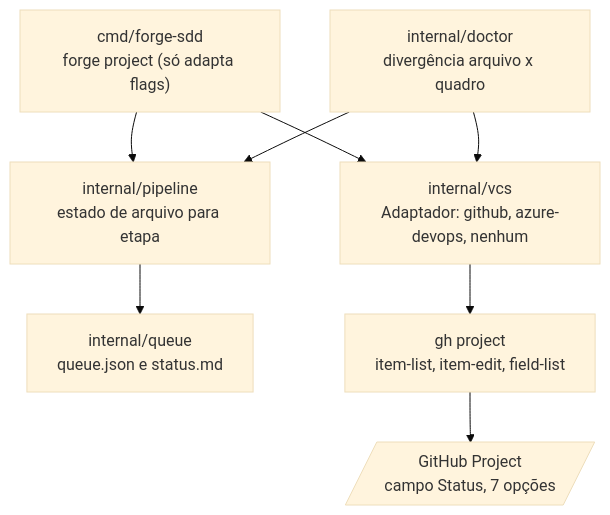
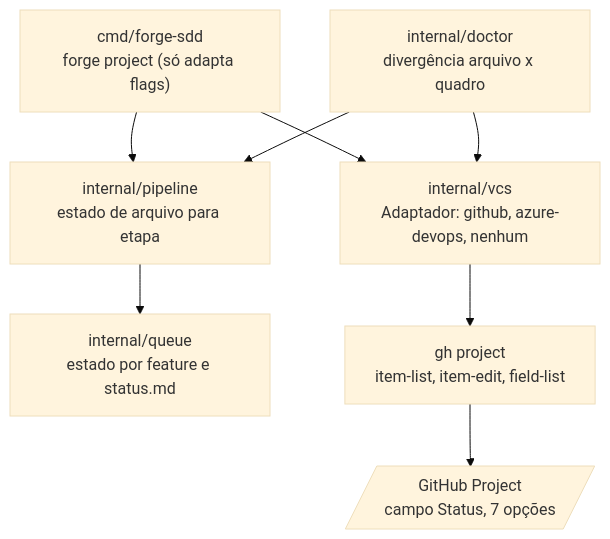
Before and after one commit to nathanramorim/forge-sdd: the diagram in sdd/discovery/108-project-github-espelho-do-ciclo/diagramas/conteineres.mmd, drawn with Mermaid (base theme). The commit also changed 10 other files, not shown here.

First line of the commit message:
docs(108): fecho completo de dependências, estado por feature e PR único da Constituição

```diff
--- a/sdd/discovery/108-project-github-espelho-do-ciclo/diagramas/conteineres.mmd
+++ b/sdd/discovery/108-project-github-espelho-do-ciclo/diagramas/conteineres.mmd
@@ -1,15 +1,15 @@
 flowchart TB
   cli["cmd/forge-sdd<br/>forge project (só adapta flags)"]
   mapa["internal/pipeline<br/>estado de arquivo para etapa"]
   vcs["internal/vcs<br/>Adaptador: github, azure-devops, nenhum"]
-  fila["internal/queue<br/>queue.json e status.md"]
+  fila["internal/queue<br/>estado por feature e status.md"]
   doc["internal/doctor<br/>divergência arquivo x quadro"]
   ghcli["gh project<br/>item-list, item-edit, field-list"]
   quadro[/"GitHub Project<br/>campo Status, 7 opções"/]
   cli --> mapa
   mapa --> fila
   cli --> vcs
   vcs --> ghcli
   ghcli --> quadro
   doc --> mapa
   doc --> vcs
```
